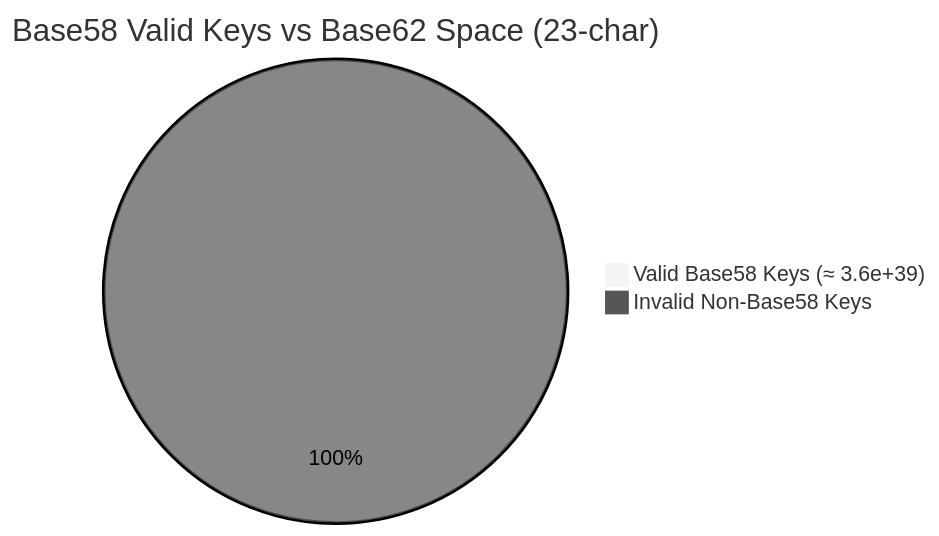
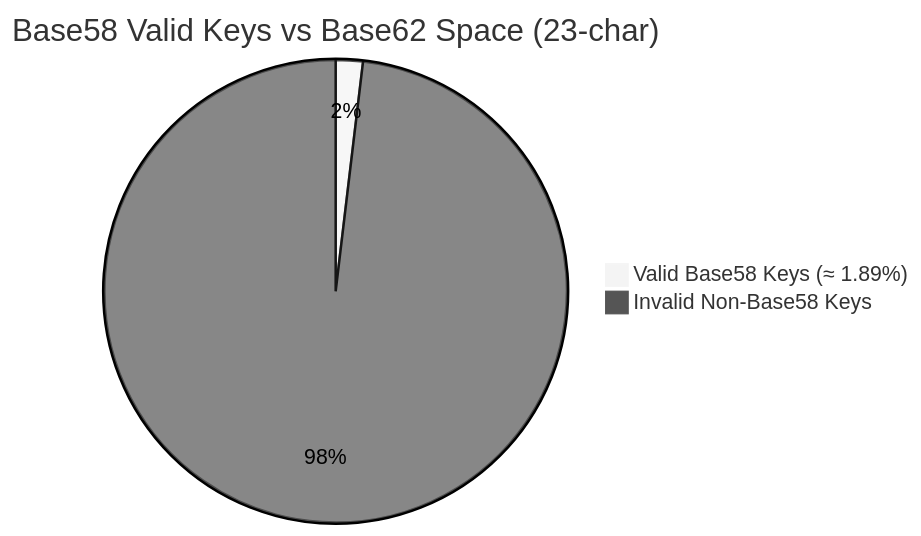
Before and after one commit to Shubsaini08/casamylove: the second of 4 diagrams in README.md, drawn with Mermaid (neutral theme). The commit also changed other lines of this file, not shown here.

````diff
--- a/README.md
+++ b/README.md
@@ -1714,6 +1714,6 @@
 ```mermaid
 pie
     title Base58 Valid Keys vs Base62 Space (23-char)
-    "Valid Base58 Keys (≈ 3.6e+39)": 3.6
-    "Invalid Non-Base58 Keys": 189996.4
+    "Valid Base58 Keys (≈ 1.89%)": 1.89
+    "Invalid Non-Base58 Keys": 98.11
 ```
````
